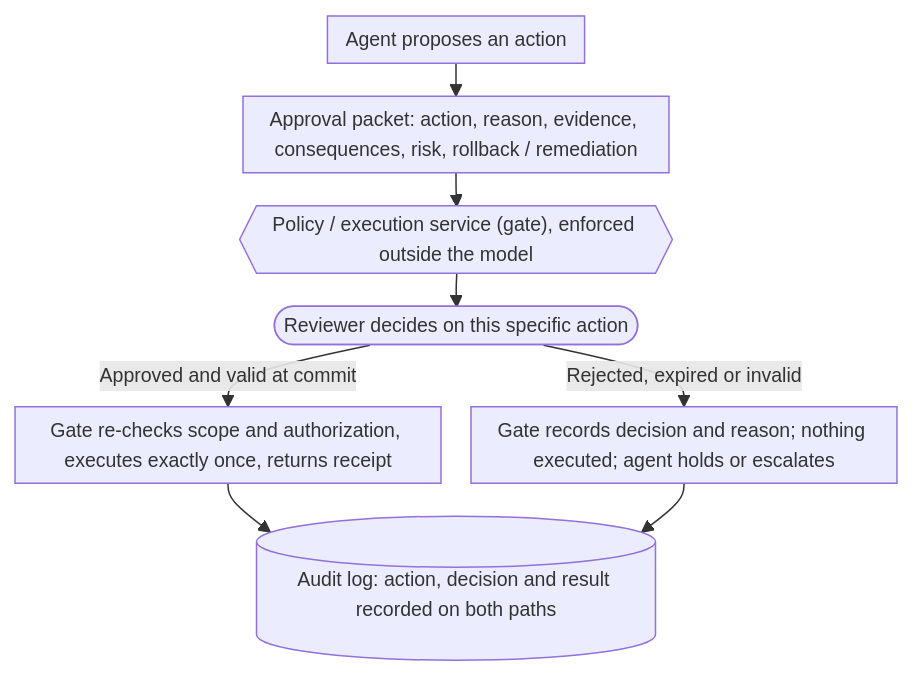
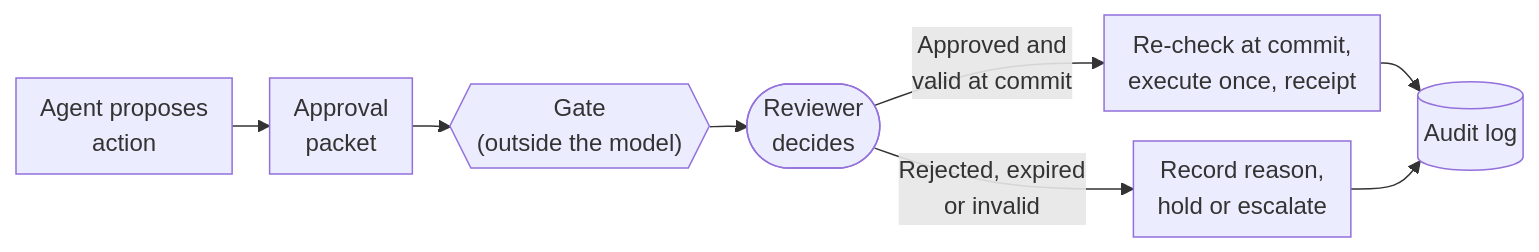
One commit to raoulbia-ai/agentic-ai-engineering-framework changed the second of 2 diagrams in skill/references/02-build.md. Above: the diagram before and after it, drawn with Mermaid. The commit also changed other lines of this file and 4 other files, not shown here.

Commit message:
Compact flowcharts: left-to-right layout, short labels, tighter spacing

````diff
--- a/skill/references/02-build.md
+++ b/skill/references/02-build.md
@@ -56,11 +56,11 @@
 ```mermaid
-%%{init: {"flowchart": {"nodeSpacing": 20, "rankSpacing": 22, "padding": 6, "wrappingWidth": 260}, "themeVariables": {"fontSize": "13px"}}}%%
-flowchart TD
-    A[Agent proposes an action] --> P["Approval packet: action, reason, evidence, consequences, risk, rollback / remediation"]
-    P --> G{{"Policy / execution service (gate), enforced outside the model"}}
-    G --> R([Reviewer decides on this specific action])
-    R -->|Approved and valid at commit| Y["Gate re-checks scope and authorization, executes exactly once, returns receipt"]
-    R -->|Rejected, expired or invalid| N["Gate records decision and reason; nothing executed; agent holds or escalates"]
-    Y --> L[(Audit log: action, decision and result recorded on both paths)]
+%%{init: {"flowchart": {"nodeSpacing": 20, "rankSpacing": 25, "padding": 8}}}%%
+flowchart LR
+    A[Agent proposes<br/>action] --> P[Approval<br/>packet]
+    P --> G{{"Gate<br/>(outside the model)"}}
+    G --> R([Reviewer<br/>decides])
+    R -->|Approved and<br/>valid at commit| Y["Re-check at commit,<br/>execute once, receipt"]
+    R -->|Rejected, expired<br/>or invalid| N["Record reason,<br/>hold or escalate"]
+    Y --> L[(Audit log)]
     N --> L
 ```
````
